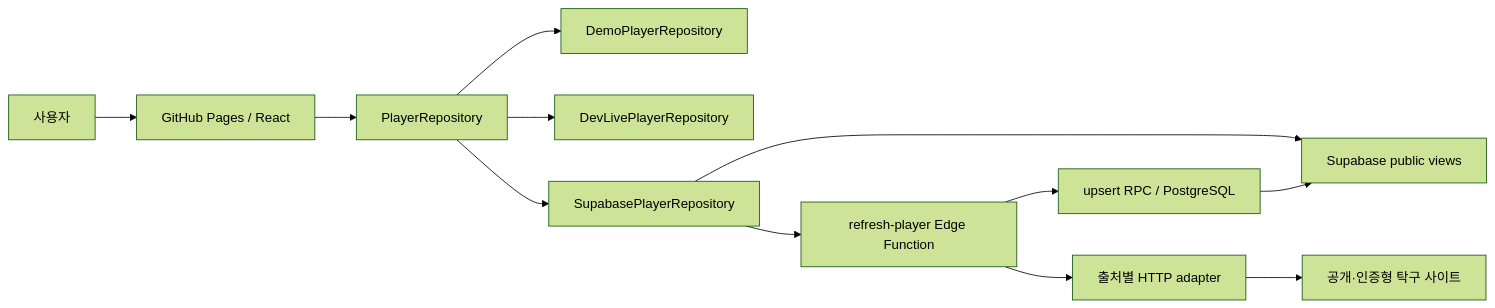
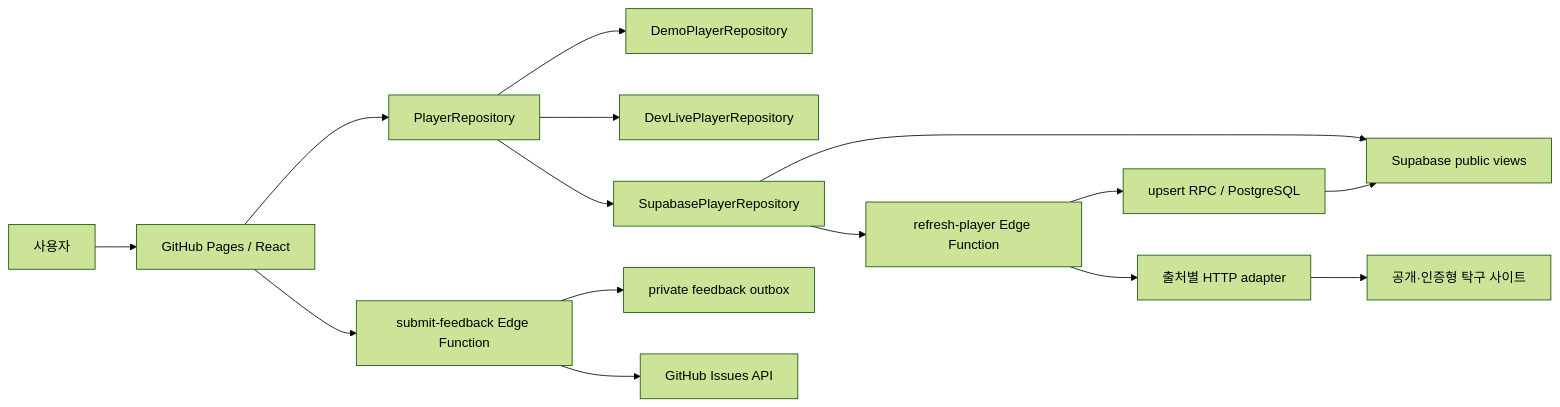
One commit to iamdenny/pingpong-busu changed the diagram in docs/architecture.md. Above: the diagram before and after it, drawn with Mermaid (forest theme). The commit also changed other lines of this file and 25 other files, not shown here.

````diff
--- a/docs/architecture.md
+++ b/docs/architecture.md
@@ -15,14 +15,17 @@
 ```mermaid
 flowchart LR
   U["사용자"] --> W["GitHub Pages / React"]
   W --> R["PlayerRepository"]
   R --> D["DemoPlayerRepository"]
   R --> L["DevLivePlayerRepository"]
   R --> S["SupabasePlayerRepository"]
   S --> V["Supabase public views"]
   S --> E["refresh-player Edge Function"]
+  W --> F["submit-feedback Edge Function"]
+  F --> O["private feedback outbox"]
+  F --> G["GitHub Issues API"]
   E --> A["출처별 HTTP adapter"]
   A --> X["공개·인증형 탁구 사이트"]
   E --> P["upsert RPC / PostgreSQL"]
   P --> V
 ```
````
